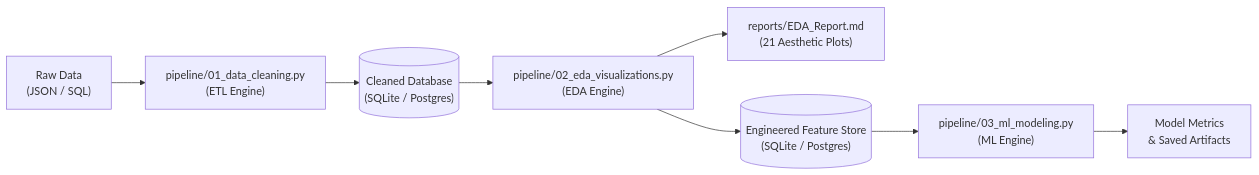
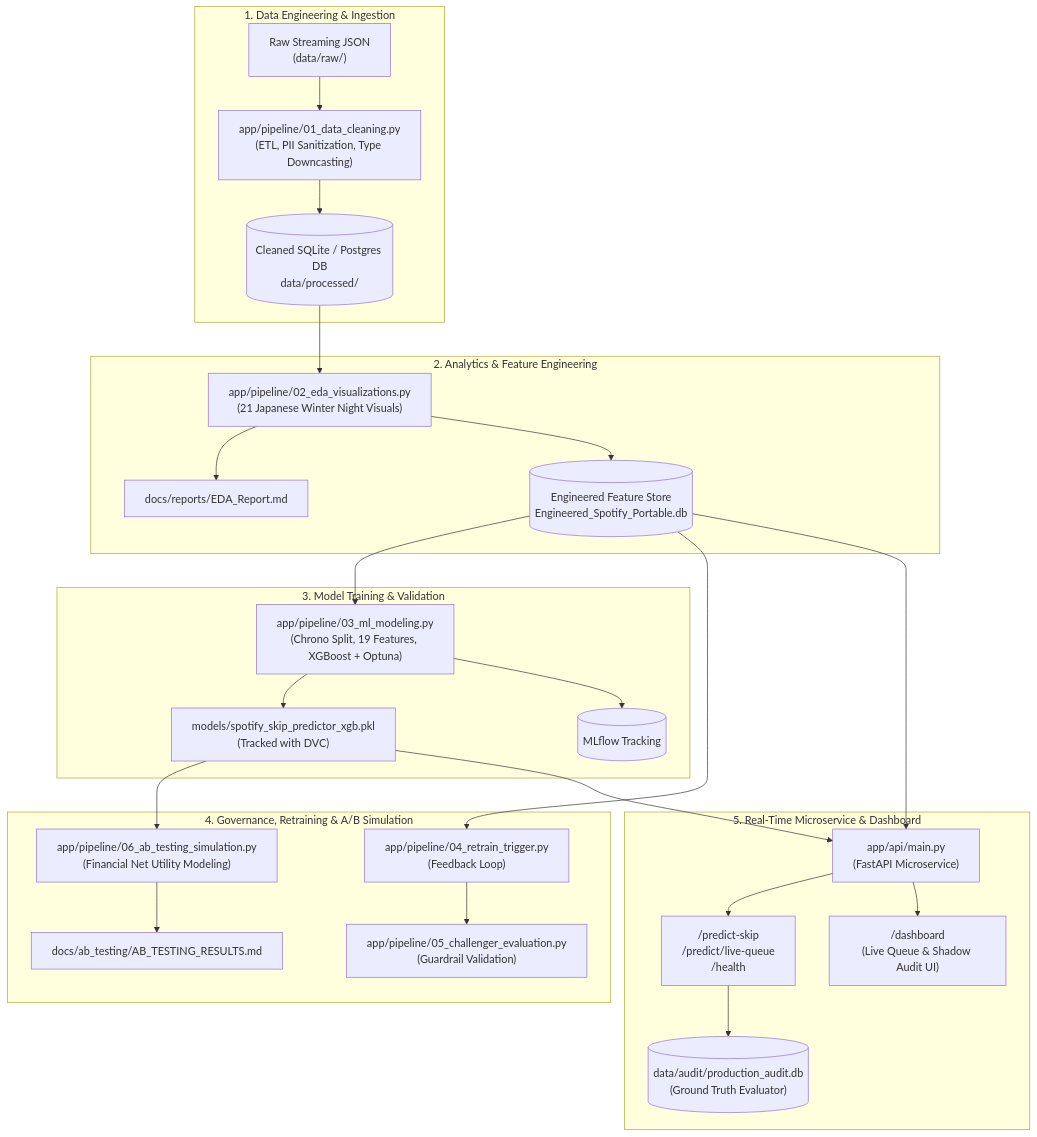
The diagram in README.md (NotCatfish/Spotify-Analytics-Pipeline), drawn with Mermaid before and after one commit. The commit also changed other lines of this file and 3 other files, not shown here.

Commit message:
docs: Update README with latest architecture, CI/CD, and DVC features; initialize docs handoff files

````diff
--- a/README.md
+++ b/README.md
@@ -55,11 +52,34 @@
 ```mermaid
-flowchart LR
-    A["Raw Data<br/>(JSON / SQL)"] --> B["pipeline/01_data_cleaning.py<br/>(ETL Engine)"]
-    B --> C[("Cleaned Database<br/>(SQLite / Postgres)")]
-    
-    C --> D["pipeline/02_eda_visualizations.py<br/>(EDA Engine)"]
-    D --> E["reports/EDA_Report.md<br/>(21 Aesthetic Plots)"]
-    D --> F[("Engineered Feature Store<br/>(SQLite / Postgres)")]
-    F --> G["pipeline/03_ml_modeling.py<br/>(ML Engine)"]
-    G --> H["Model Metrics<br/>& Saved Artifacts"]
+flowchart TD
+    subgraph Data_Engineering["1. Data Engineering & Ingestion"]
+        Raw["Raw Streaming JSON<br/>(data/raw/)"] --> Clean["app/pipeline/01_data_cleaning.py<br/>(ETL, PII Sanitization, Type Downcasting)"]
+        Clean --> DB[("Cleaned SQLite / Postgres DB<br/>data/processed/")]
+    end
+
+    subgraph Analytics_Features["2. Analytics & Feature Engineering"]
+        DB --> EDA["app/pipeline/02_eda_visualizations.py<br/>(21 Japanese Winter Night Visuals)"]
+        EDA --> Report["docs/reports/EDA_Report.md"]
+        EDA --> FeatStore[("Engineered Feature Store<br/>Engineered_Spotify_Portable.db")]
+    end
+
+    subgraph ML_Training["3. Model Training & Validation"]
+        FeatStore --> Train["app/pipeline/03_ml_modeling.py<br/>(Chrono Split, 19 Features, XGBoost + Optuna)"]
+        Train --> Artifacts["models/spotify_skip_predictor_xgb.pkl<br/>(Tracked with DVC)"]
+        Train --> MLflow[("MLflow Tracking")]
+    end
+
+    subgraph Governance["4. Governance, Retraining & A/B Simulation"]
+        FeatStore --> Retrain["app/pipeline/04_retrain_trigger.py<br/>(Feedback Loop)"]
+        Retrain --> Eval["app/pipeline/05_challenger_evaluation.py<br/>(Guardrail Validation)"]
+        Artifacts --> ABSim["app/pipeline/06_ab_testing_simulation.py<br/>(Financial Net Utility Modeling)"]
+        ABSim --> ABReport["docs/ab_testing/AB_TESTING_RESULTS.md"]
+    end
+
+    subgraph Serving["5. Real-Time Microservice & Dashboard"]
+        Artifacts --> FastAPI["app/api/main.py<br/>(FastAPI Microservice)"]
+        FeatStore --> FastAPI
+        FastAPI --> Endpoints["/predict-skip<br/>/predict/live-queue<br/>/health"]
+        FastAPI --> Dash["/dashboard<br/>(Live Queue & Shadow Audit UI)"]
+        Endpoints --> ShadowDB[("data/audit/production_audit.db<br/>(Ground Truth Evaluator)")]
+    end
 ```
````
